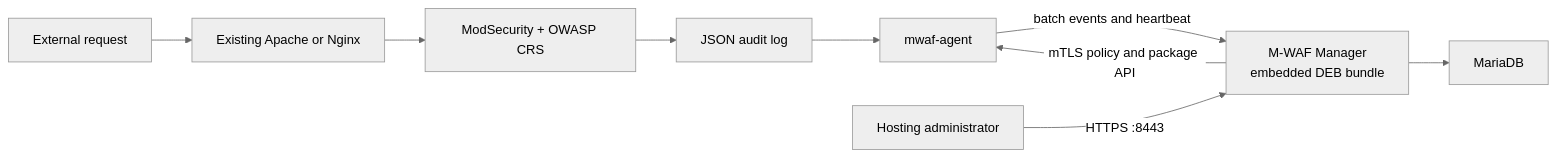
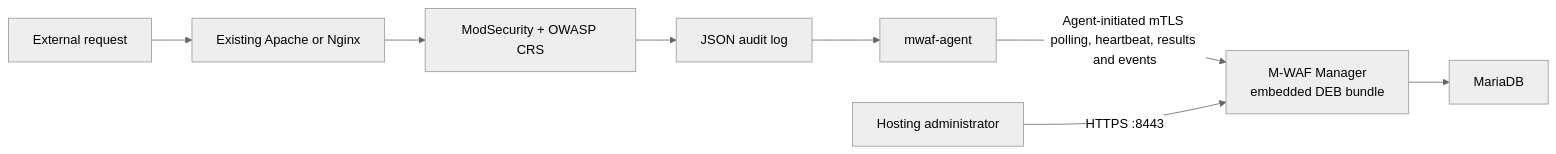
The diagram in README.md (Fhwang0926/m-waf), drawn with Mermaid (neutral theme) before and after one commit. The commit also changed other lines of this file and 134 other files, not shown here.

````diff
--- a/README.md
+++ b/README.md
@@ -77,11 +77,10 @@
 ```mermaid
 flowchart LR
     Client["External request"] --> Web["Existing Apache or Nginx"]
     Web --> Module["ModSecurity + OWASP CRS"]
     Module --> Audit["JSON audit log"]
     Audit --> Agent["mwaf-agent"]
-    Manager["M-WAF Manager\nembedded DEB bundle"] -->|"mTLS policy and package API"| Agent
-    Agent -->|"batch events and heartbeat"| Manager
+    Agent -->|"Agent-initiated mTLS polling, heartbeat, results and events"| Manager["M-WAF Manager\nembedded DEB bundle"]
     Manager --> DB["MariaDB"]
     Admin["Hosting administrator"] -->|"HTTPS :8443"| Manager
 ```
````
